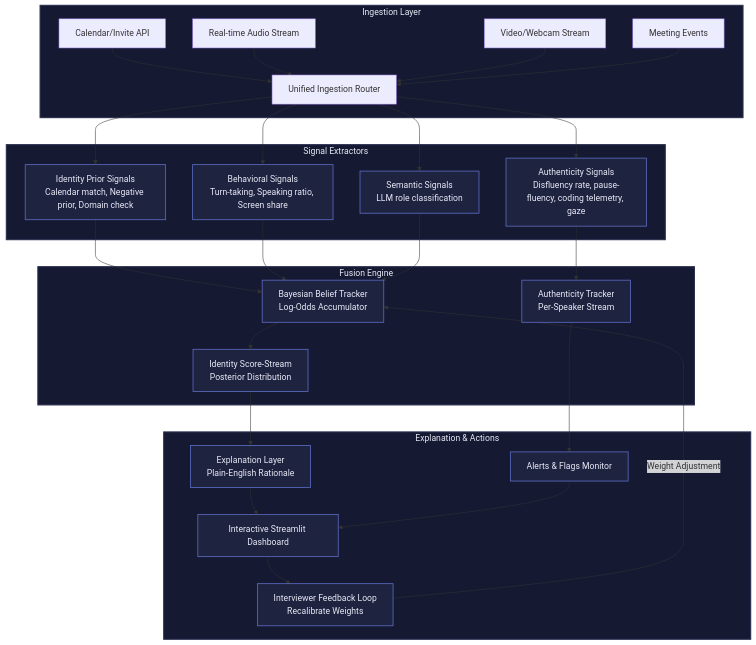
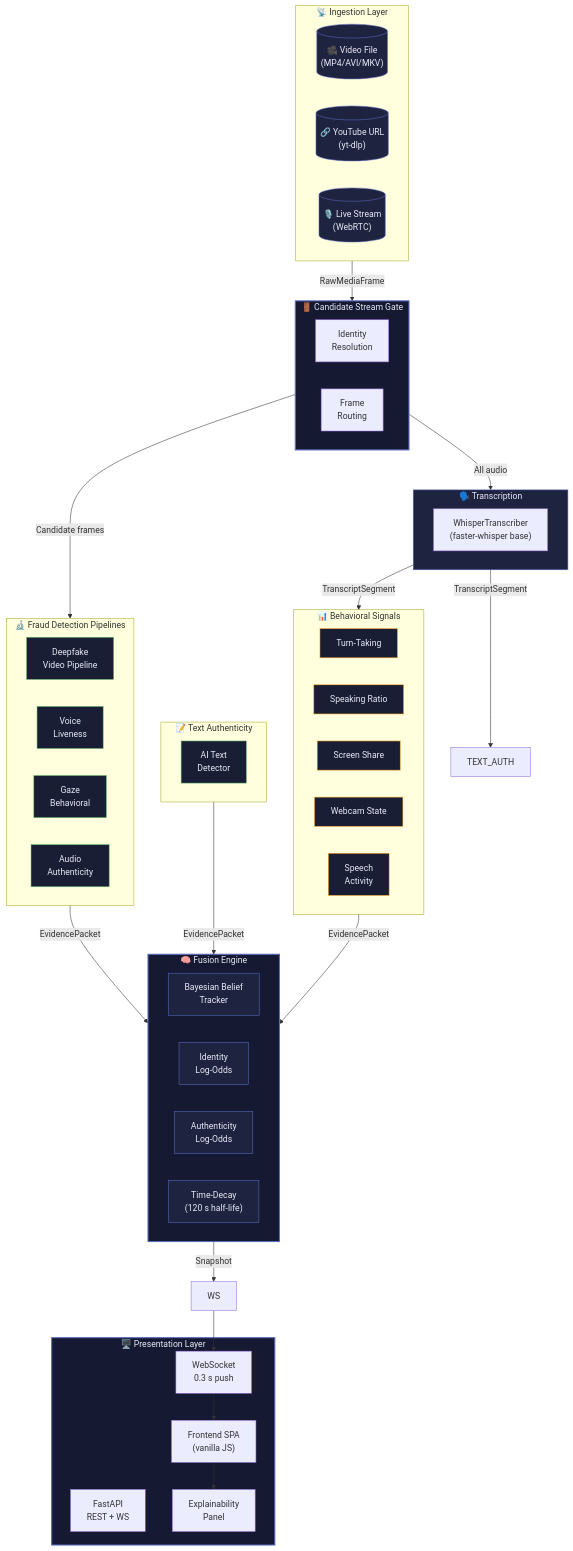
One commit to InfoSage05/sherlock-candidate-engine changed the diagram in README.md. Above: the diagram before and after it, drawn with Mermaid. The commit also changed other lines of this file and 3 other files, not shown here.

````diff
--- a/README.md
+++ b/README.md
@@ -52,44 +40,82 @@
 ```mermaid
-graph TD
-    classDef layer fill:#151932,stroke:#2a2f4f,stroke-width:2px,color:#e8eaf6;
-    classDef component fill:#1e2340,stroke:#5c6bc0,stroke-width:1.5px,color:#e8eaf6;
+graph TB
+    classDef layer fill:#151932,stroke:#5c6bc0,stroke-width:2px,color:#e8eaf6;
+    classDef component fill:#1e2340,stroke:#5c6bc0,stroke-width:1px,color:#e8eaf6;
+    classDef pipeline fill:#1a1e35,stroke:#66bb6a,stroke-width:1px,color:#e8eaf6;
+    classDef signal fill:#1a1e35,stroke:#ffa726,stroke-width:1px,color:#e8eaf6;
 
-    subgraph Ingestion ["Ingestion Layer"]
-        A[Calendar/Invite API] --> E
-        B[Real-time Audio Stream] --> E
-        C[Video/Webcam Stream] --> E
-        D[Meeting Events] --> E
-        E[Unified Ingestion Router]
+    subgraph INGEST["📡 Ingestion Layer"]
+        A1[("🎥 Video File<br/>(MP4/AVI/MKV)")]
+        A2[("🔗 YouTube URL<br/>(yt-dlp)")]
+        A3[("🎙️ Live Stream<br/>(WebRTC)")]
     end
-    class Ingestion layer;
+    class A1,A2,A3 component;
 
-    subgraph Extractors ["Signal Extractors"]
-        E --> F[Identity Prior Signals<br/>Calendar match, Negative prior, Domain check]
-        E --> G[Behavioral Signals<br/>Turn-taking, Speaking ratio, Screen share]
-        E --> H[Semantic Signals<br/>LLM role classification]
-        E --> I[Authenticity Signals<br/>Disfluency rate, pause-fluency, coding telemetry, gaze]
+    INGEST -->|RawMediaFrame| GATE
+
+    subgraph GATE["🚪 Candidate Stream Gate"]
+        G1["Identity<br/>Resolution"]
+        G2["Frame<br/>Routing"]
     end
-    class Extractors layer;
-    class F,G,H,I component;
+    class GATE layer;
 
-    subgraph Fusion ["Fusion Engine"]
-        F --> J[Bayesian Belief Tracker<br/>Log-Odds Accumulator]
-        G --> J
-        H --> J
-        I --> K[Authenticity Tracker<br/>Per-Speaker Stream]
-        J --> L[Identity Score-Stream<br/>Posterior Distribution]
+    GATE -->|Candidate frames| PIPELINES
+    GATE -->|All audio| TRANS
+
+    subgraph TRANS["🗣️ Transcription"]
+        T1["WhisperTranscriber<br/>(faster-whisper base)"]
     end
-    class Fusion layer;
-    class J,K,L component;
+    class TRANS component;
 
-    subgraph Output ["Explanation & Actions"]
-        L --> M[Explanation Layer<br/>Plain-English Rationale]
-        K --> N[Alerts & Flags Monitor]
-        M --> O[Interactive Streamlit Dashboard]
-        N --> O
-        O --> P[Interviewer Feedback Loop<br/>Recalibrate Weights]
-        P -->|Weight Adjustment| J
+    TRANS -->|TranscriptSegment| BEHAV
+    TRANS -->|TranscriptSegment| TEXT_AUTH
+
+    subgraph PIPELINES["🔬 Fraud Detection Pipelines"]
+        P1["Deepfake<br/>Video Pipeline"]
+        P2["Voice<br/>Liveness"]
+        P3["Gaze<br/>Behavioral"]
+        P4["Audio<br/>Authenticity"]
     end
-    class Output layer;
-    class M,N,O,P component;
+    class P1,P2,P3,P4 pipeline;
+
+    subgraph TEXT["📝 Text Authenticity"]
+        T2["AI Text<br/>Detector"]
+    end
+    class T2 pipeline;
+
+    subgraph BEHAV["📊 Behavioral Signals"]
+        B1["Turn-Taking"]
+        B2["Speaking Ratio"]
+        B3["Screen Share"]
+        B4["Webcam State"]
+        B5["Speech<br/>Activity"]
+    end
+    class B1,B2,B3,B4,B5 signal;
+
+    PIPELINES -->|EvidencePacket| FUSION
+    TEXT -->|EvidencePacket| FUSION
+    BEHAV -->|EvidencePacket| FUSION
+
+    subgraph FUSION["🧠 Fusion Engine"]
+        F1["Bayesian Belief<br/>Tracker"]
+        F2["Identity<br/>Log-Odds"]
+        F3["Authenticity<br/>Log-Odds"]
+        F4["Time-Decay<br/>(120 s half-life)"]
+    end
+    class FUSION layer;
+    class F1,F2,F3,F4 component;
+
+    FUSION -->|Snapshot| WS
+
+    subgraph PRESENT["🖥️ Presentation Layer"]
+        W1["FastAPI<br/>REST + WS"]
+        W2["WebSocket<br/>0.3 s push"]
+        W3["Frontend SPA<br/>(vanilla JS)"]
+        W4["Explainability<br/>Panel"]
+    end
+    class PRESENT layer;
+
+    WS --> W2
+    W2 --> W3
+    W3 --> W4
 ```
````
